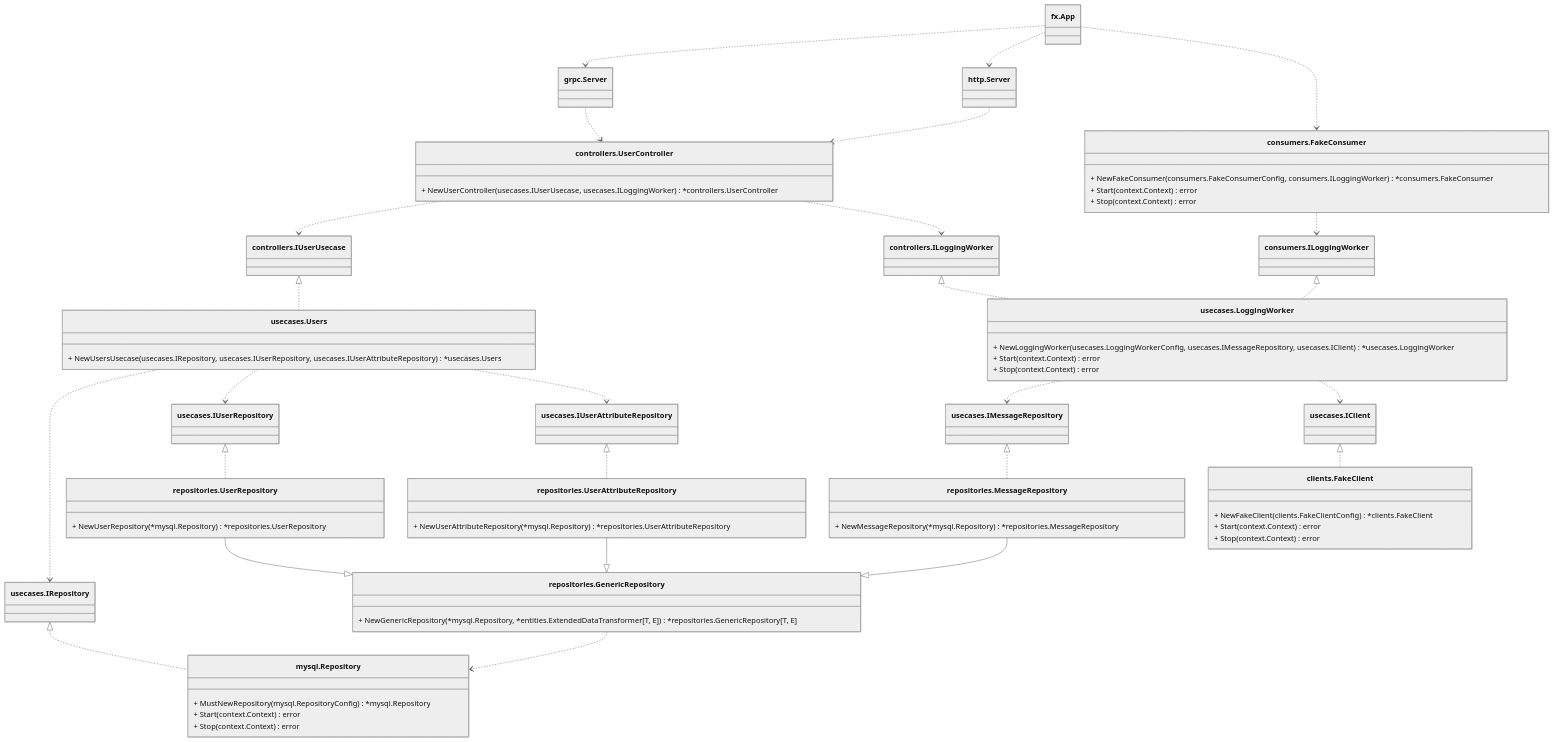
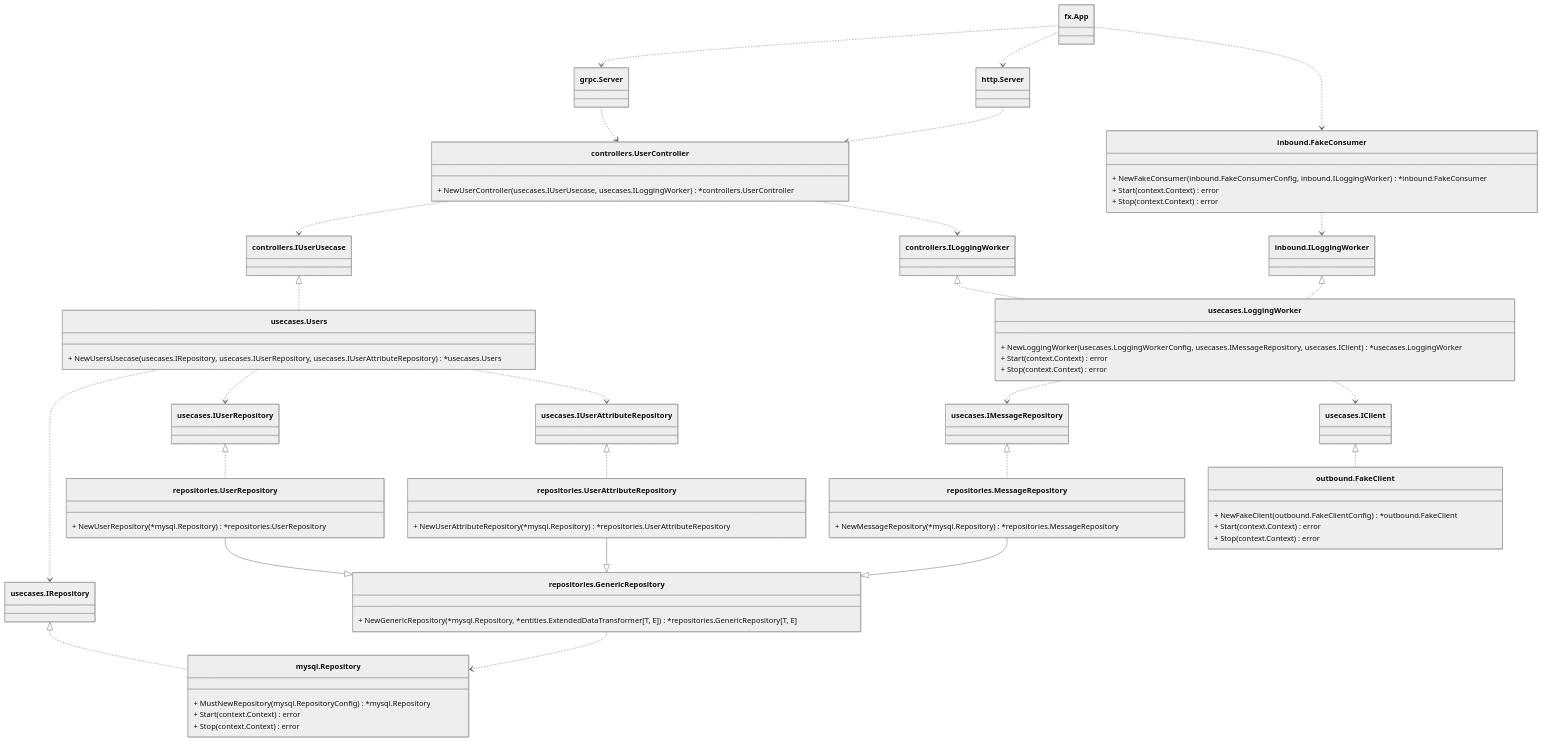
One commit to tuantran1810/go-di-template changed the diagram in cmd/server.mmd. Above: the diagram before and after it, drawn with Mermaid (neutral theme). The commit also changed 3 other files, not shown here.

```diff
--- a/cmd/server.mmd
+++ b/cmd/server.mmd
@@ -1,79 +1,79 @@
 classDiagram
 
     class mysql.Repository {
         + MustNewRepository(mysql.RepositoryConfig) *mysql.Repository
         + Start(context.Context) error
         + Stop(context.Context) error
     }
 
     class repositories.GenericRepository {
         + NewGenericRepository(*mysql.Repository, *entities.ExtendedDataTransformer[T, E]) *repositories.GenericRepository[T, E]
     }
 
     class repositories.MessageRepository {
         + NewMessageRepository(*mysql.Repository) *repositories.MessageRepository
     }
 
     class repositories.UserRepository {
         + NewUserRepository(*mysql.Repository) *repositories.UserRepository
     }
 
     class repositories.UserAttributeRepository {
         + NewUserAttributeRepository(*mysql.Repository) *repositories.UserAttributeRepository
     }
 
-    class clients.FakeClient {
-        + NewFakeClient(clients.FakeClientConfig) *clients.FakeClient
+    class outbound.FakeClient {
+        + NewFakeClient(outbound.FakeClientConfig) *outbound.FakeClient
         + Start(context.Context) error
         + Stop(context.Context) error
     }
 
     class usecases.Users {
         + NewUsersUsecase(usecases.IRepository, usecases.IUserRepository, usecases.IUserAttributeRepository) *usecases.Users
     }
 
     class usecases.LoggingWorker {
         + NewLoggingWorker(usecases.LoggingWorkerConfig, usecases.IMessageRepository, usecases.IClient) *usecases.LoggingWorker
         + Start(context.Context) error
         + Stop(context.Context) error
     }
 
     class controllers.UserController {
         + NewUserController(usecases.IUserUsecase, usecases.ILoggingWorker) *controllers.UserController
     }
 
-    class consumers.FakeConsumer {
-        + NewFakeConsumer(consumers.FakeConsumerConfig, consumers.ILoggingWorker) *consumers.FakeConsumer
+    class inbound.FakeConsumer {
+        + NewFakeConsumer(inbound.FakeConsumerConfig, inbound.ILoggingWorker) *inbound.FakeConsumer
         + Start(context.Context) error
         + Stop(context.Context) error
     }
 
     repositories.GenericRepository ..> mysql.Repository
     repositories.MessageRepository --|> repositories.GenericRepository
     repositories.UserRepository --|> repositories.GenericRepository
     repositories.UserAttributeRepository --|> repositories.GenericRepository
 
     usecases.IMessageRepository <|.. repositories.MessageRepository
     usecases.IUserRepository <|.. repositories.UserRepository
     usecases.IUserAttributeRepository <|.. repositories.UserAttributeRepository
     usecases.IRepository <|.. mysql.Repository
-    usecases.IClient <|.. clients.FakeClient
+    usecases.IClient <|.. outbound.FakeClient
     usecases.Users ..> usecases.IRepository
     usecases.Users ..> usecases.IUserRepository
     usecases.Users ..> usecases.IUserAttributeRepository
     usecases.LoggingWorker ..> usecases.IMessageRepository
     usecases.LoggingWorker ..> usecases.IClient
 
     controllers.IUserUsecase <|.. usecases.Users
     controllers.ILoggingWorker <|.. usecases.LoggingWorker
     controllers.UserController ..> controllers.IUserUsecase
     controllers.UserController ..> controllers.ILoggingWorker
 
-    consumers.ILoggingWorker <|.. usecases.LoggingWorker
-    consumers.FakeConsumer ..> consumers.ILoggingWorker
+    inbound.ILoggingWorker <|.. usecases.LoggingWorker
+    inbound.FakeConsumer ..> inbound.ILoggingWorker
 
     fx.App ..> grpc.Server
     grpc.Server ..> controllers.UserController
     fx.App ..> http.Server
     http.Server ..> controllers.UserController
-    fx.App ..> consumers.FakeConsumer
+    fx.App ..> inbound.FakeConsumer
```
